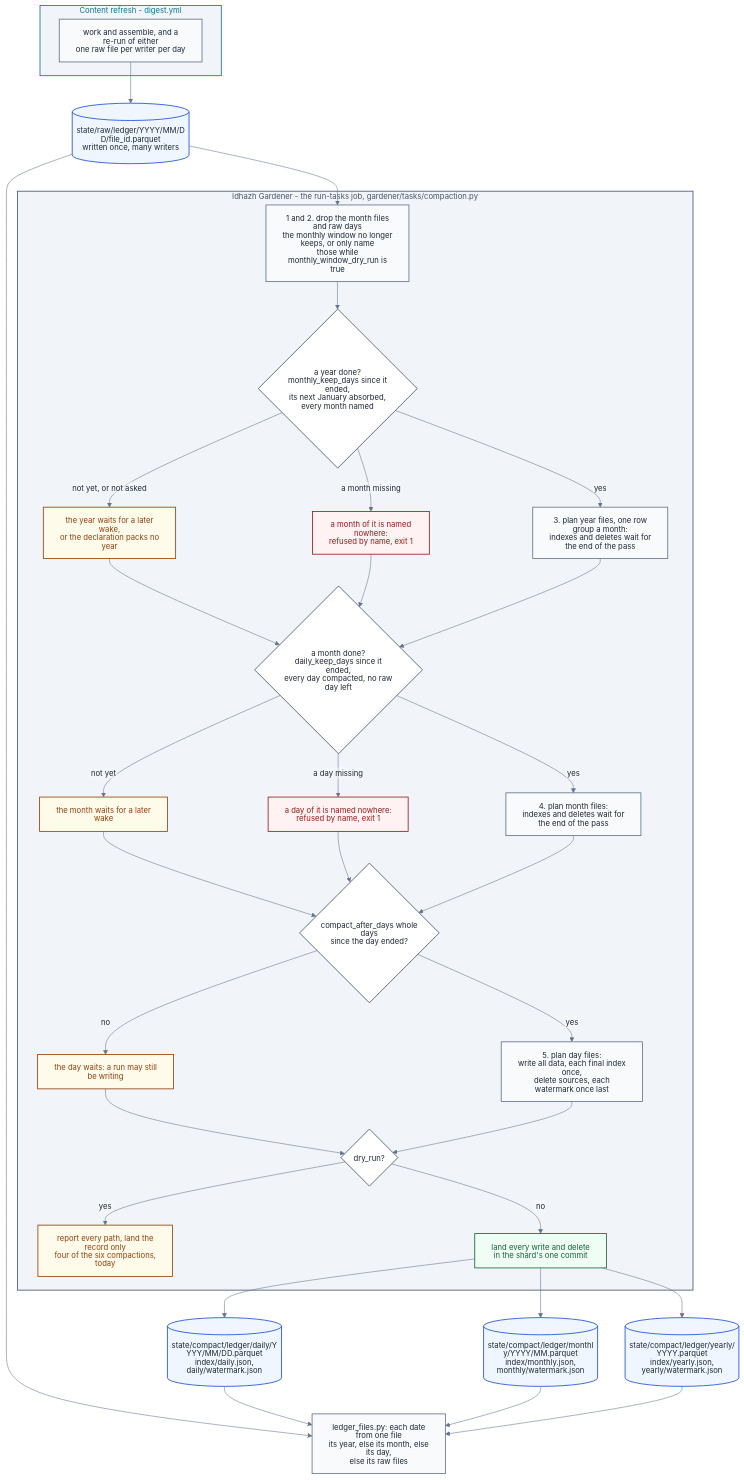
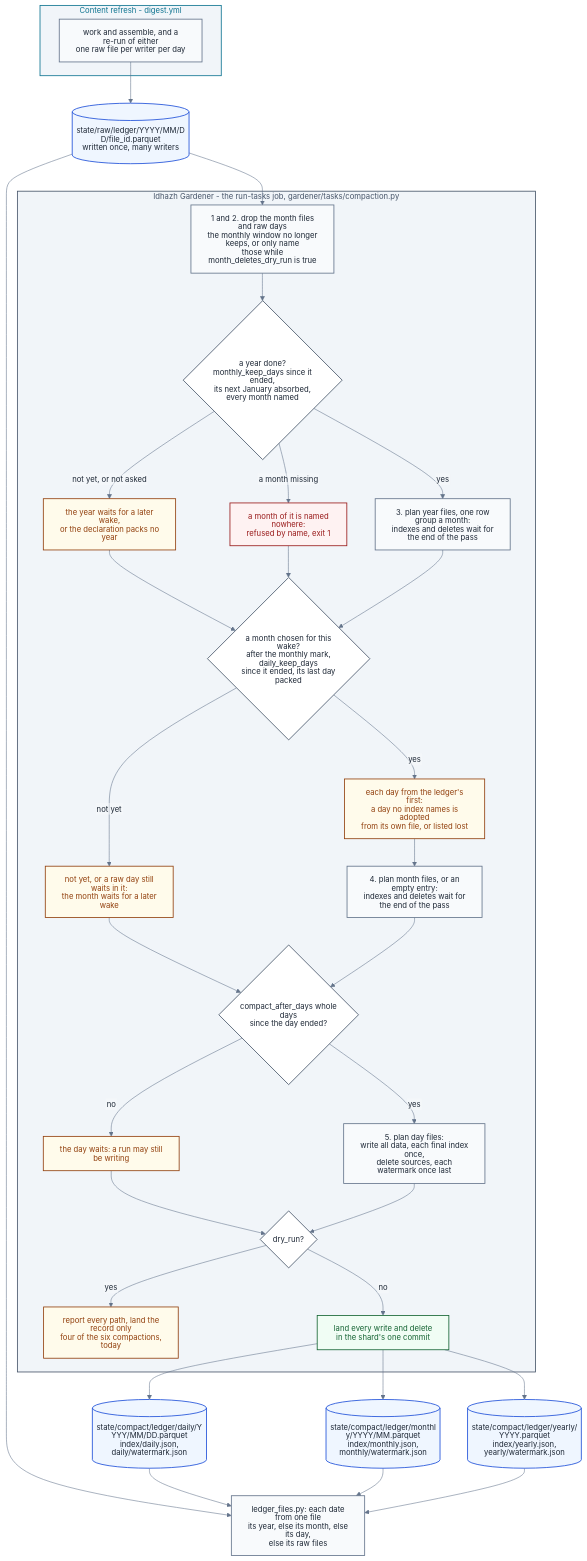
One commit to miztiik/yen-idhazh changed the diagram in docs/architecture/publishing/ledger-compaction.md. Above: the diagram before and after it, drawn with Mermaid. The commit also changed other lines of this file and 337 other files, not shown here.

````diff
--- a/docs/architecture/publishing/ledger-compaction.md
+++ b/docs/architecture/publishing/ledger-compaction.md
@@ -33,79 +33,78 @@
 ```mermaid
 %%{init: {"theme": "base", "htmlLabels": false, "themeVariables": {"background": "#ffffff", "primaryColor": "#f8fafc", "primaryTextColor": "#1f2937", "primaryBorderColor": "#64748b", "lineColor": "#64748b", "textColor": "#1f2937", "clusterBkg": "#f1f5f9", "clusterBorder": "#64748b", "titleColor": "#1f2937", "edgeLabelBackground": "#f8fafc", "fontSize": "14px"}}}%%
 flowchart TB
   subgraph REFRESH["Content refresh - digest.yml"]
     W["work and assemble, and a re-run of either<br/>one raw file per writer per day"]
   end
 
   RAWF[("state/raw/ledger/YYYY/MM/DD/file_id.parquet<br/>written once, many writers")]
 
   subgraph GARDEN["Idhazh Gardener - the run-tasks job, gardener/tasks/compaction.py"]
-    DROP["1 and 2. drop the month files and raw days<br/>the monthly window no longer keeps, or only name<br/>those while monthly_window_dry_run is true"]
+    DROP["1 and 2. drop the month files and raw days<br/>the monthly window no longer keeps, or only name<br/>those while month_deletes_dry_run is true"]
     YDONE{"a year done?<br/>monthly_keep_days since it ended,<br/>its next January absorbed, every month named"}
     YWAIT["the year waits for a later wake,<br/>or the declaration packs no year"]
     YHOLE["a month of it is named nowhere:<br/>refused by name, exit 1"]
     PACK["3. plan year files, one row group a month:<br/>indexes and deletes wait for the end of the pass"]
-    MDONE{"a month done?<br/>daily_keep_days since it ended,<br/>every day compacted, no raw day left"}
-    MWAIT["the month waits for a later wake"]
-    MHOLE["a day of it is named nowhere:<br/>refused by name, exit 1"]
-    ABSORB["4. plan month files:<br/>indexes and deletes wait for the end of the pass"]
+    MDONE{"a month chosen for this wake?<br/>after the monthly mark, daily_keep_days<br/>since it ended, its last day packed"}
+    MWAIT["not yet, or a raw day still waits in it:<br/>the month waits for a later wake"]
+    MREC["each day from the ledger's first:<br/>a day no index names is adopted<br/>from its own file, or listed lost"]
+    ABSORB["4. plan month files, or an empty entry:<br/>indexes and deletes wait for the end of the pass"]
     DDUE{"compact_after_days whole days<br/>since the day ended?"}
     DHOLD["the day waits: a run may still be writing"]
     TAKE["5. plan day files:<br/>write all data, each final index once,<br/>delete sources, each watermark once last"]
     DRY{"dry_run?"}
     REPORT["report every path, land the record only<br/>four of the six compactions, today"]
     LAND["land every write and delete<br/>in the shard's one commit"]
   end
 
   DAILY[("state/compact/ledger/daily/YYYY/MM/DD.parquet<br/>index/daily.json, daily/watermark.json")]
   MONTHLY[("state/compact/ledger/monthly/YYYY/MM.parquet<br/>index/monthly.json, monthly/watermark.json")]
   YEARLY[("state/compact/ledger/yearly/YYYY.parquet<br/>index/yearly.json, yearly/watermark.json")]
   READER["ledger_files.py: each date from one file<br/>its year, else its month, else its day,<br/>else its raw files"]
 
   W --> RAWF
   RAWF --> DROP
   DROP --> YDONE
   YDONE -->|"not yet, or not asked"| YWAIT
   YDONE -->|"a month missing"| YHOLE
   YDONE -->|"yes"| PACK
   YWAIT --> MDONE
   YHOLE --> MDONE
   PACK --> MDONE
   MDONE -->|"not yet"| MWAIT
-  MDONE -->|"a day missing"| MHOLE
-  MDONE -->|"yes"| ABSORB
+  MDONE -->|"yes"| MREC
+  MREC --> ABSORB
   MWAIT --> DDUE
-  MHOLE --> DDUE
   ABSORB --> DDUE
   DDUE -->|"no"| DHOLD
   DDUE -->|"yes"| TAKE
   DHOLD --> DRY
   TAKE --> DRY
   DRY -->|"yes"| REPORT
   DRY -->|"no"| LAND
   LAND --> DAILY
   LAND --> MONTHLY
   LAND --> YEARLY
   RAWF --> READER
   DAILY --> READER
   MONTHLY --> READER
   YEARLY --> READER
 
   classDef stage fill:#f8fafc,stroke:#64748b,stroke-width:1.5px,color:#1f2937;
   classDef decision fill:#ffffff,stroke:#475569,stroke-width:1.5px,color:#1f2937;
   classDef yes fill:#f0fdf4,stroke:#166534,stroke-width:1.5px,color:#166534;
   classDef no fill:#fef2f2,stroke:#991b1b,stroke-width:1.5px,color:#991b1b;
   classDef warn fill:#fffbeb,stroke:#92400e,stroke-width:1.5px,color:#92400e;
   classDef ledger fill:#eff6ff,stroke:#1d4ed8,stroke-width:1.5px,color:#1f2937;
   classDef sysOps fill:#f1f5f9,stroke:#475569,stroke-width:1.5px,color:#475569;
   classDef sysPublish fill:#f1f5f9,stroke:#0e7490,stroke-width:1.5px,color:#0e7490;
 
   class W,DROP,PACK,ABSORB,TAKE,READER stage;
   class YDONE,MDONE,DDUE,DRY decision;
   class LAND yes;
-  class YHOLE,MHOLE no;
-  class YWAIT,MWAIT,DHOLD,REPORT warn;
+  class YHOLE no;
+  class YWAIT,MWAIT,MREC,DHOLD,REPORT warn;
   class RAWF,DAILY,MONTHLY,YEARLY ledger;
   class REFRESH sysPublish;
   class GARDEN sysOps;
 ```
````
